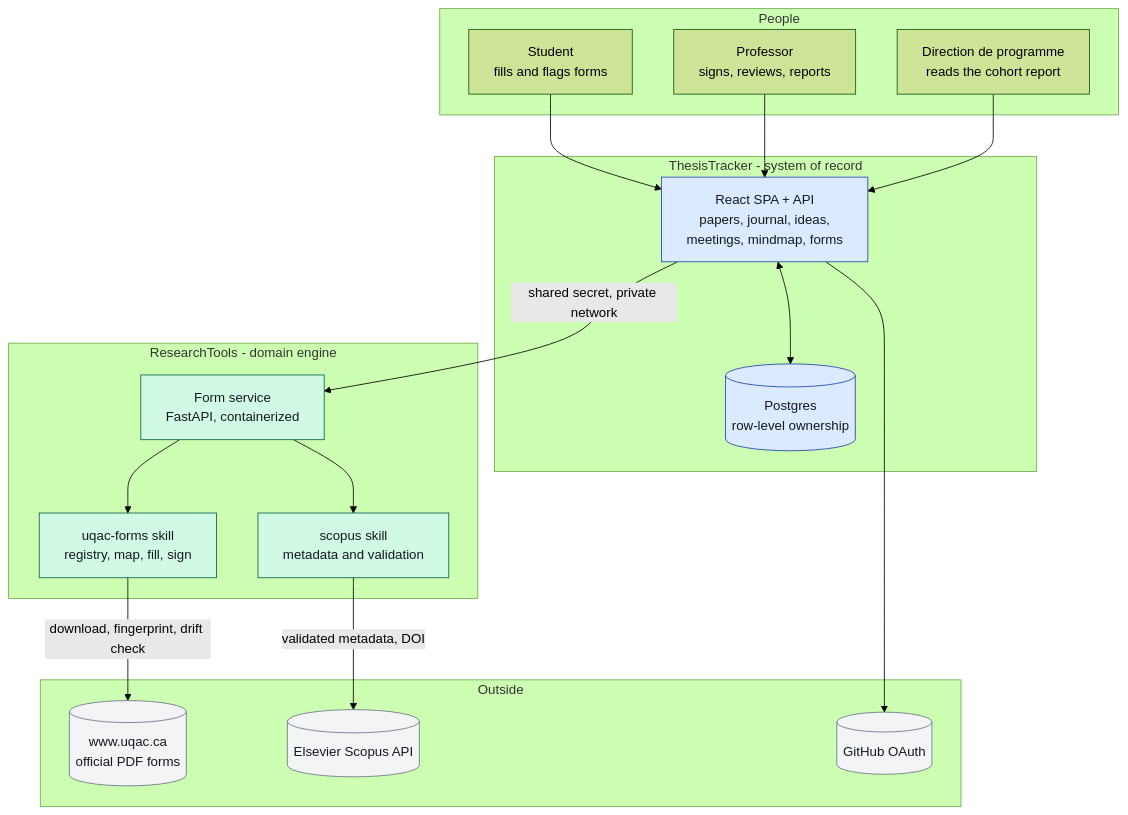
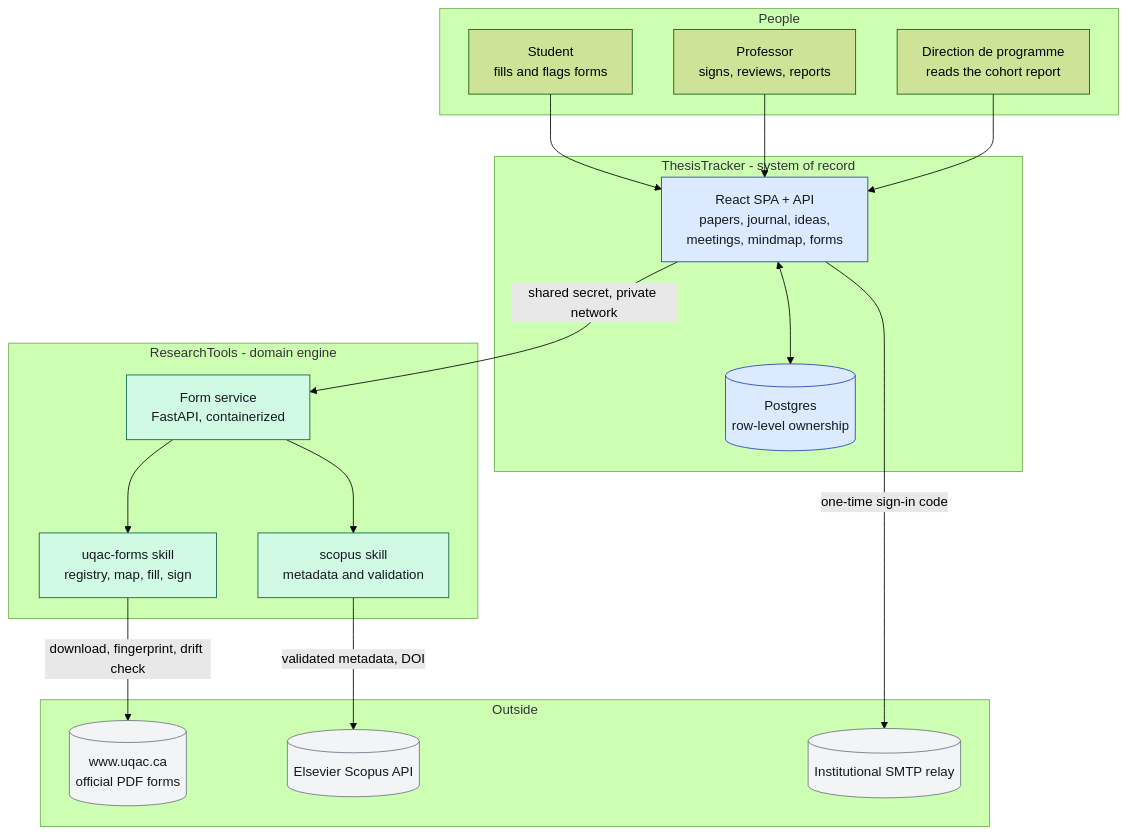
The first of 11 diagrams in NEW_ARCHITECTURE.md (LARi-UQAC/ResearchTools), drawn with Mermaid (forest theme) before and after one commit. The commit also changed other lines of this file, not shown here.

First line of the commit message:
docs: email-code authentication replaces GitHub OAuth in the architecture

````diff
--- a/NEW_ARCHITECTURE.md
+++ b/NEW_ARCHITECTURE.md
@@ -39,43 +43,43 @@
 ```mermaid
 flowchart TB
   subgraph People["People"]
     STU["Student<br/>fills and flags forms"]
     PROF["Professor<br/>signs, reviews, reports"]
     DIR["Direction de programme<br/>reads the cohort report"]
   end
 
   subgraph TT["ThesisTracker - system of record"]
     APP["React SPA + API<br/>papers, journal, ideas,<br/>meetings, mindmap, forms"]
     DB[("Postgres<br/>row-level ownership")]
   end
 
   subgraph RT["ResearchTools - domain engine"]
     SVC["Form service<br/>FastAPI, containerized"]
     SKILL["uqac-forms skill<br/>registry, map, fill, sign"]
     SCOPUS["scopus skill<br/>metadata and validation"]
   end
 
   subgraph Outside["Outside"]
     UQAC[("www.uqac.ca<br/>official PDF forms")]
     ELS[("Elsevier Scopus API")]
-    GH[("GitHub OAuth")]
+    MAIL[("Institutional SMTP relay")]
   end
 
   STU --> APP
   PROF --> APP
   DIR --> APP
   APP <--> DB
   APP -->|"shared secret, private network"| SVC
   SVC --> SKILL
   SVC --> SCOPUS
   SKILL -->|"download, fingerprint, drift check"| UQAC
   SCOPUS -->|"validated metadata, DOI"| ELS
-  APP --> GH
+  APP -->|"one-time sign-in code"| MAIL
 
   classDef tt fill:#DBEAFE,stroke:#1E40AF,color:#14181F
   classDef rt fill:#D1FAE5,stroke:#065F46,color:#14181F
   classDef out fill:#F3F4F6,stroke:#6B7280,color:#14181F
   class APP,DB tt
   class SVC,SKILL,SCOPUS rt
-  class UQAC,ELS,GH out
+  class UQAC,ELS,MAIL out
 ```
````
